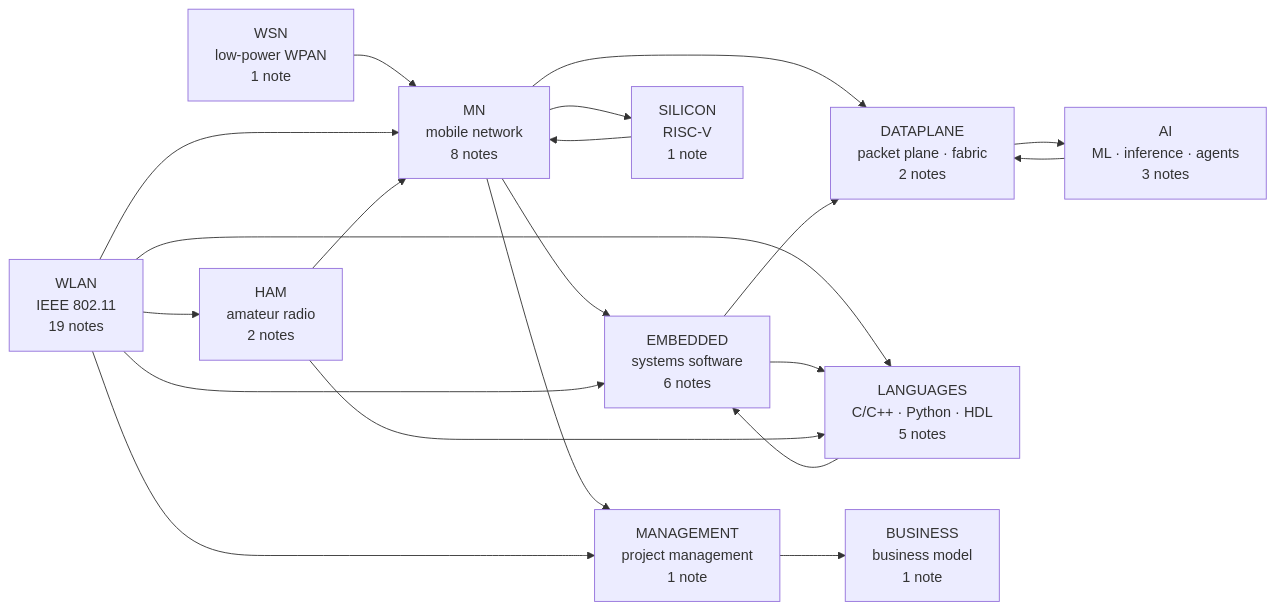
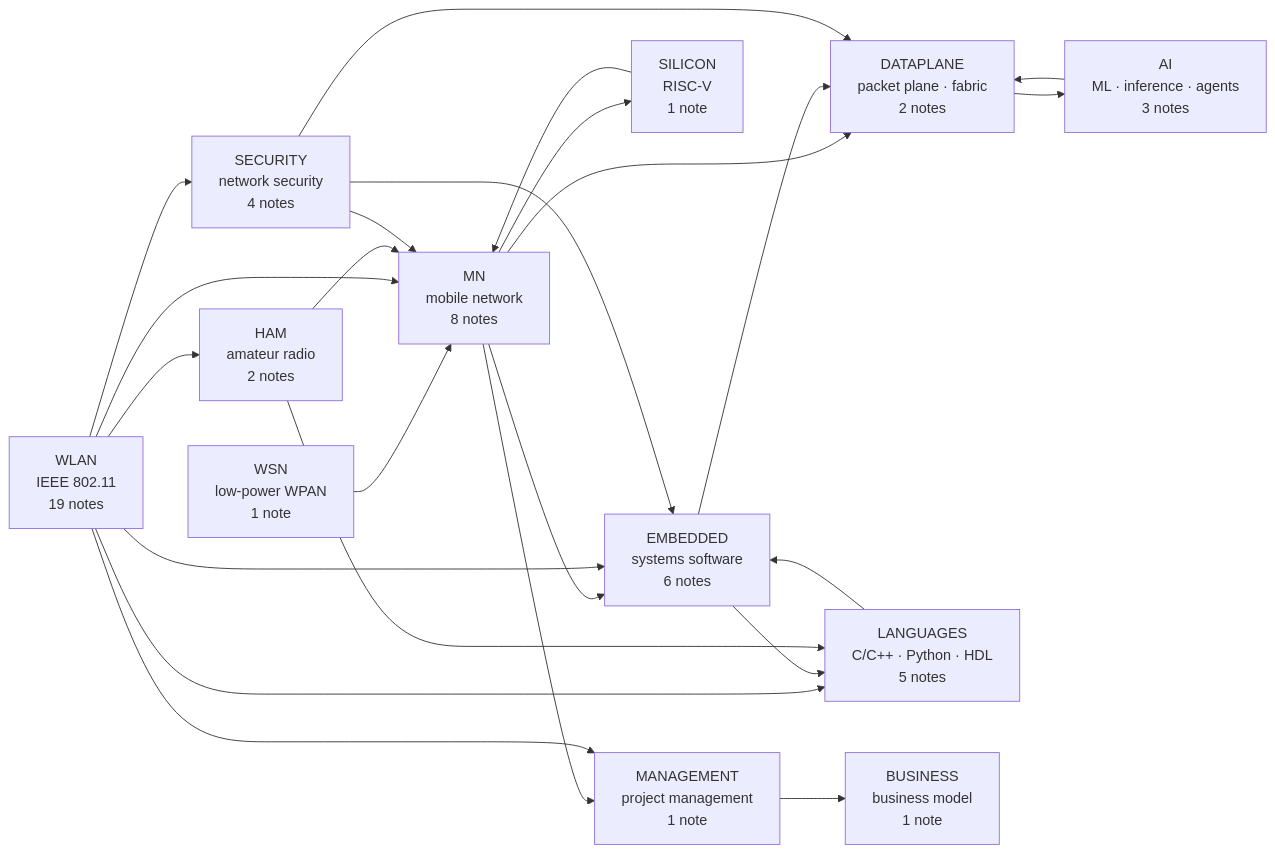
One commit to washingtonxr/xSkills changed the diagram in knowledge-graph/00 MOC - Comms x Compute x AI Knowledge Graph.md. Above: the diagram before and after it, drawn with Mermaid. The commit also changed other lines of this file and 9 other files, not shown here.

Commit message:
Add security related notes.

````diff
--- a/knowledge-graph/00 MOC - Comms x Compute x AI Knowledge Graph.md
+++ b/knowledge-graph/00 MOC - Comms x Compute x AI Knowledge Graph.md
@@ -37,34 +37,39 @@
 ```mermaid
 flowchart LR
     MN["MN<br/>mobile network<br/>8 notes"]
     WLAN["WLAN<br/>IEEE 802.11<br/>19 notes"]
     WSN["WSN<br/>low-power WPAN<br/>1 note"]
     EMBEDDED["EMBEDDED<br/>systems software<br/>6 notes"]
     DATAPLANE["DATAPLANE<br/>packet plane · fabric<br/>2 notes"]
     AI["AI<br/>ML · inference · agents<br/>3 notes"]
     SILICON["SILICON<br/>RISC-V<br/>1 note"]
     LANGUAGES["LANGUAGES<br/>C/C++ · Python · HDL<br/>5 notes"]
     MANAGEMENT["MANAGEMENT<br/>project management<br/>1 note"]
     BUSINESS["BUSINESS<br/>business model<br/>1 note"]
     HAM["HAM<br/>amateur radio<br/>2 notes"]
+    SECURITY["SECURITY<br/>network security<br/>4 notes"]
 
     WSN --> MN
     WLAN --> MN
     MN --> EMBEDDED
     MN --> DATAPLANE
     MN --> SILICON
     SILICON --> MN
     WLAN --> EMBEDDED
     WLAN --> LANGUAGES
     EMBEDDED --> LANGUAGES
     LANGUAGES --> EMBEDDED
     EMBEDDED --> DATAPLANE
     DATAPLANE --> AI
     AI --> DATAPLANE
     MN --> MANAGEMENT
     WLAN --> HAM
     HAM --> MN
     HAM --> LANGUAGES
     WLAN --> MANAGEMENT
     MANAGEMENT --> BUSINESS
+    WLAN --> SECURITY
+    SECURITY --> MN
+    SECURITY --> EMBEDDED
+    SECURITY --> DATAPLANE
 ```
````
